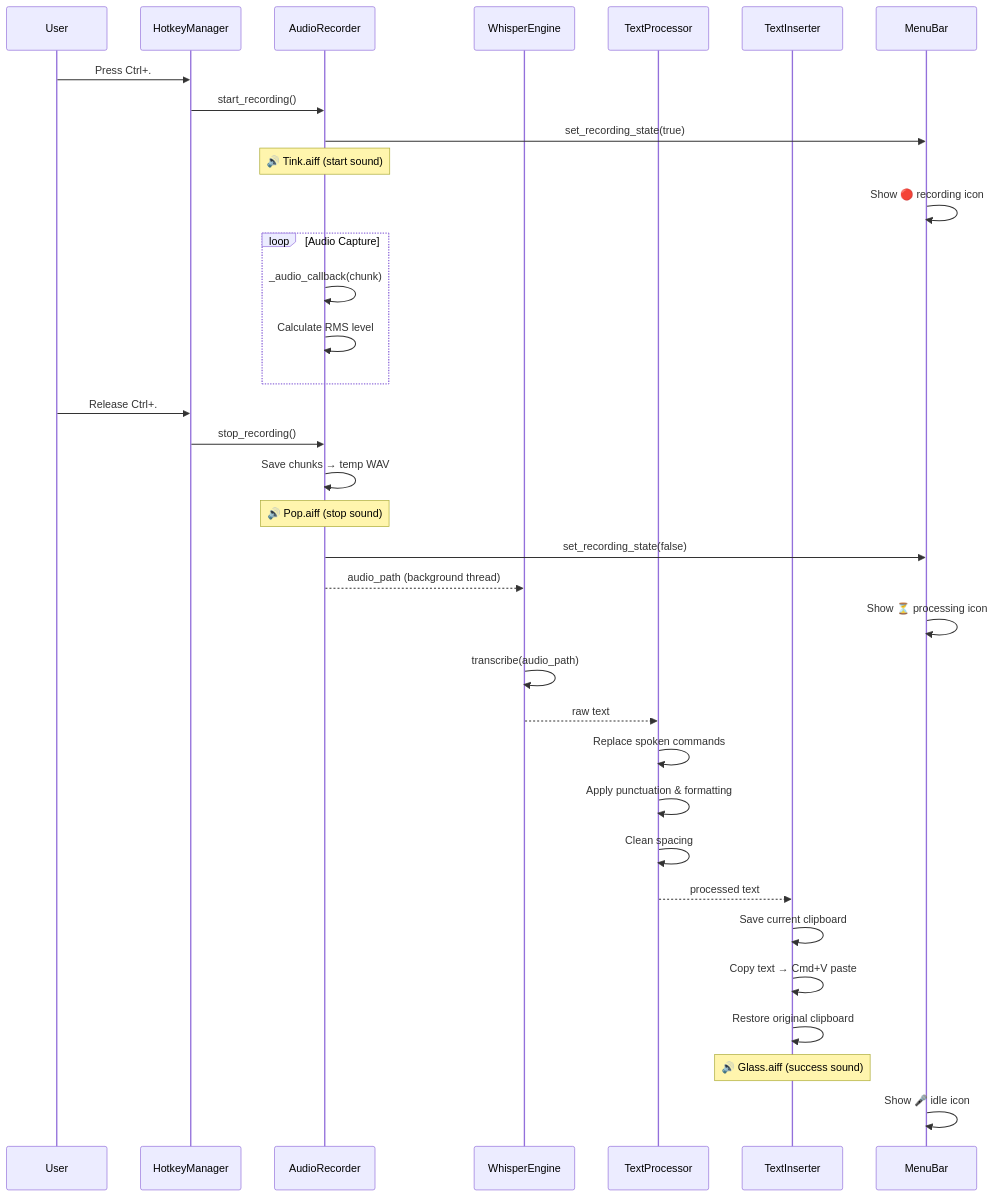
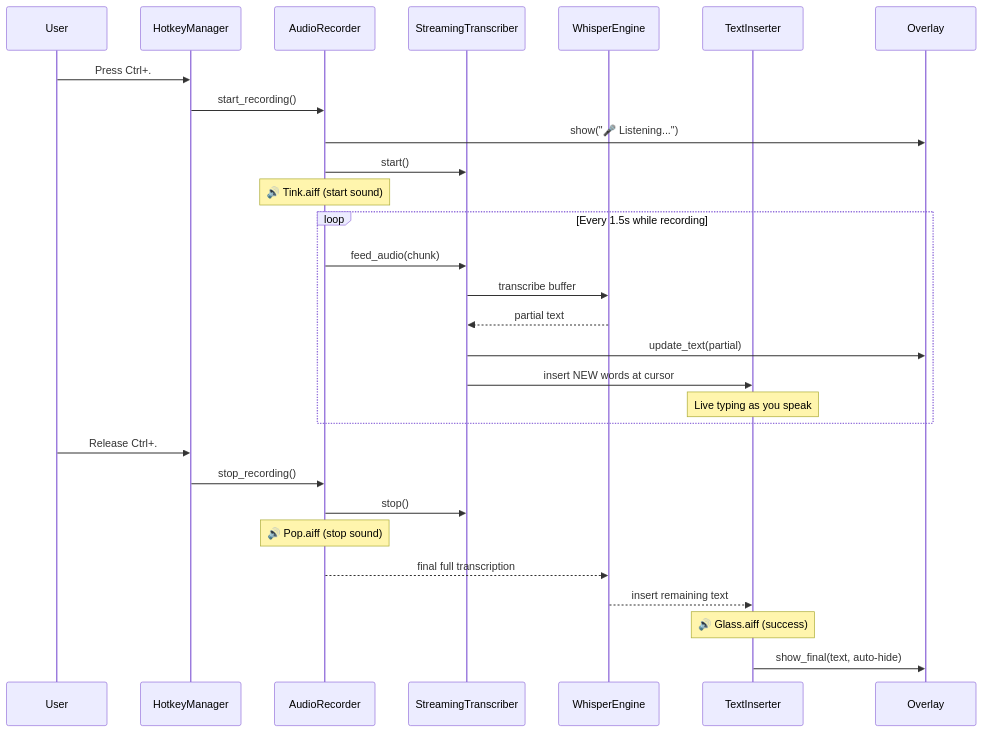
One commit to bhanreddy1973/TalkFlow changed the second of 9 diagrams in README.md. Above: the diagram before and after it, drawn with Mermaid. The commit also changed other lines of this file and 28 other files, not shown here.

First line of the commit message:
feat: add live streaming transcription, overlay UI, and landing page website

````diff
--- a/README.md
+++ b/README.md
@@ -35,43 +35,35 @@
 ```mermaid
 sequenceDiagram
     participant User
     participant HotkeyManager
     participant AudioRecorder
+    participant StreamingTranscriber
     participant WhisperEngine
-    participant TextProcessor
     participant TextInserter
-    participant MenuBar
+    participant Overlay
 
     User->>HotkeyManager: Press Ctrl+.
     HotkeyManager->>AudioRecorder: start_recording()
-    AudioRecorder->>MenuBar: set_recording_state(true)
+    AudioRecorder->>Overlay: show("🎤 Listening...")
+    AudioRecorder->>StreamingTranscriber: start()
     Note over AudioRecorder: 🔊 Tink.aiff (start sound)
-    MenuBar->>MenuBar: Show 🔴 recording icon
 
-    loop Audio Capture
-        AudioRecorder->>AudioRecorder: _audio_callback(chunk)
-        AudioRecorder->>AudioRecorder: Calculate RMS level
+    loop Every 1.5s while recording
+        AudioRecorder->>StreamingTranscriber: feed_audio(chunk)
+        StreamingTranscriber->>WhisperEngine: transcribe buffer
+        WhisperEngine-->>StreamingTranscriber: partial text
+        StreamingTranscriber->>Overlay: update_text(partial)
+        StreamingTranscriber->>TextInserter: insert NEW words at cursor
+        Note over TextInserter: Live typing as you speak
     end
 
     User->>HotkeyManager: Release Ctrl+.
     HotkeyManager->>AudioRecorder: stop_recording()
-    AudioRecorder->>AudioRecorder: Save chunks → temp WAV
+    AudioRecorder->>StreamingTranscriber: stop()
     Note over AudioRecorder: 🔊 Pop.aiff (stop sound)
-    AudioRecorder->>MenuBar: set_recording_state(false)
 
-    AudioRecorder-->>WhisperEngine: audio_path (background thread)
-    MenuBar->>MenuBar: Show ⏳ processing icon
-    WhisperEngine->>WhisperEngine: transcribe(audio_path)
-    WhisperEngine-->>TextProcessor: raw text
-
-    TextProcessor->>TextProcessor: Replace spoken commands
-    TextProcessor->>TextProcessor: Apply punctuation & formatting
-    TextProcessor->>TextProcessor: Clean spacing
-
-    TextProcessor-->>TextInserter: processed text
-    TextInserter->>TextInserter: Save current clipboard
-    TextInserter->>TextInserter: Copy text → Cmd+V paste
-    TextInserter->>TextInserter: Restore original clipboard
-    Note over TextInserter: 🔊 Glass.aiff (success sound)
-    MenuBar->>MenuBar: Show 🎤 idle icon
+    AudioRecorder-->>WhisperEngine: final full transcription
+    WhisperEngine-->>TextInserter: insert remaining text
+    Note over TextInserter: 🔊 Glass.aiff (success)
+    TextInserter->>Overlay: show_final(text, auto-hide)
 ```
````
